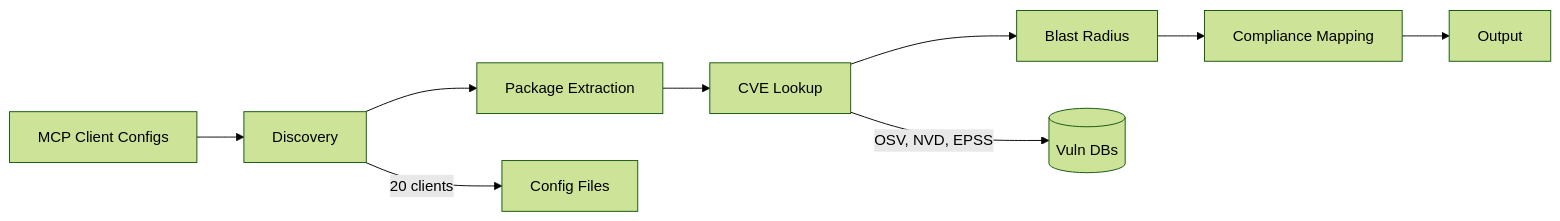
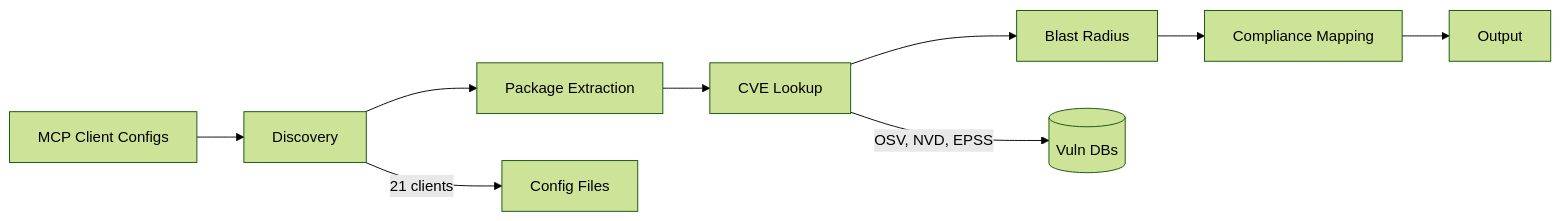
Before and after one commit to msaad00/agent-bom: the diagram in site-docs/architecture/overview.md, drawn with Mermaid (forest theme). The commit also changed other lines of this file and 44 other files, not shown here.

First line of the commit message:
chore: bump version to v0.67.0 + update SVG diagrams and docs

````diff
--- a/site-docs/architecture/overview.md
+++ b/site-docs/architecture/overview.md
@@ -7,12 +7,12 @@
 ```mermaid
 graph LR
     A[MCP Client Configs] --> B[Discovery]
     B --> C[Package Extraction]
     C --> D[CVE Lookup]
     D --> E[Blast Radius]
     E --> F[Compliance Mapping]
     F --> G[Output]
 
     D --> |OSV, NVD, EPSS| H[(Vuln DBs)]
-    B --> |20 clients| I[Config Files]
+    B --> |21 clients| I[Config Files]
 ```
````
